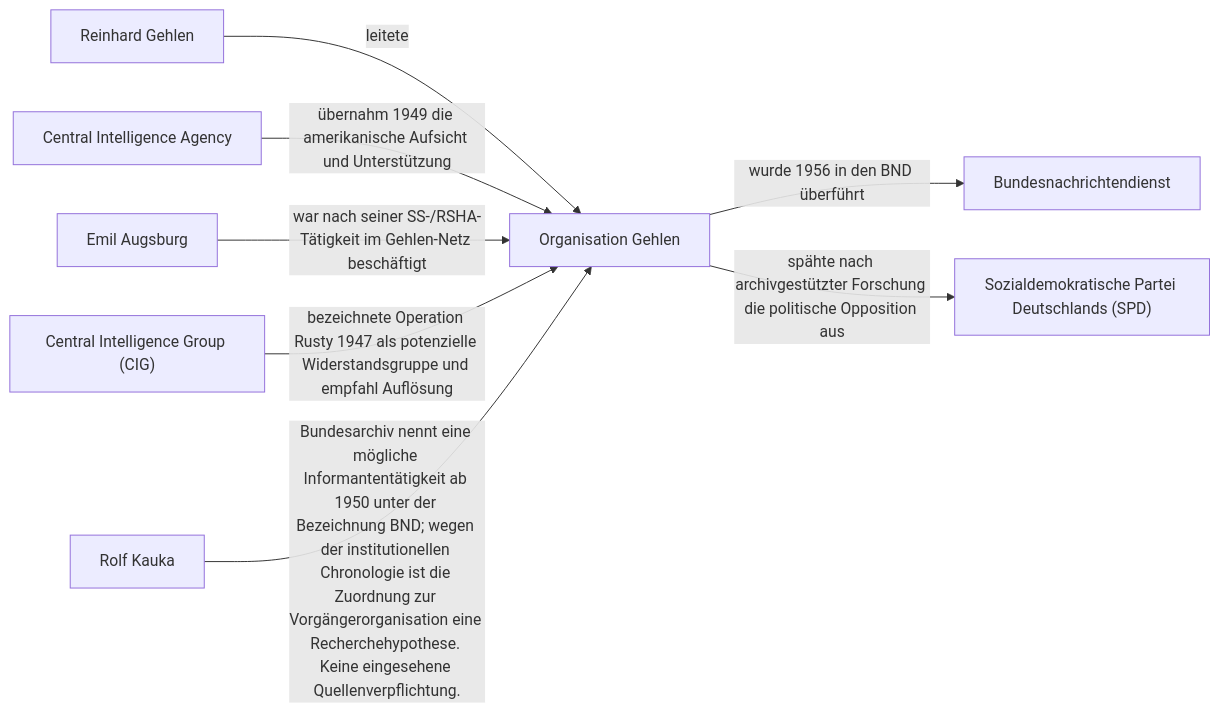
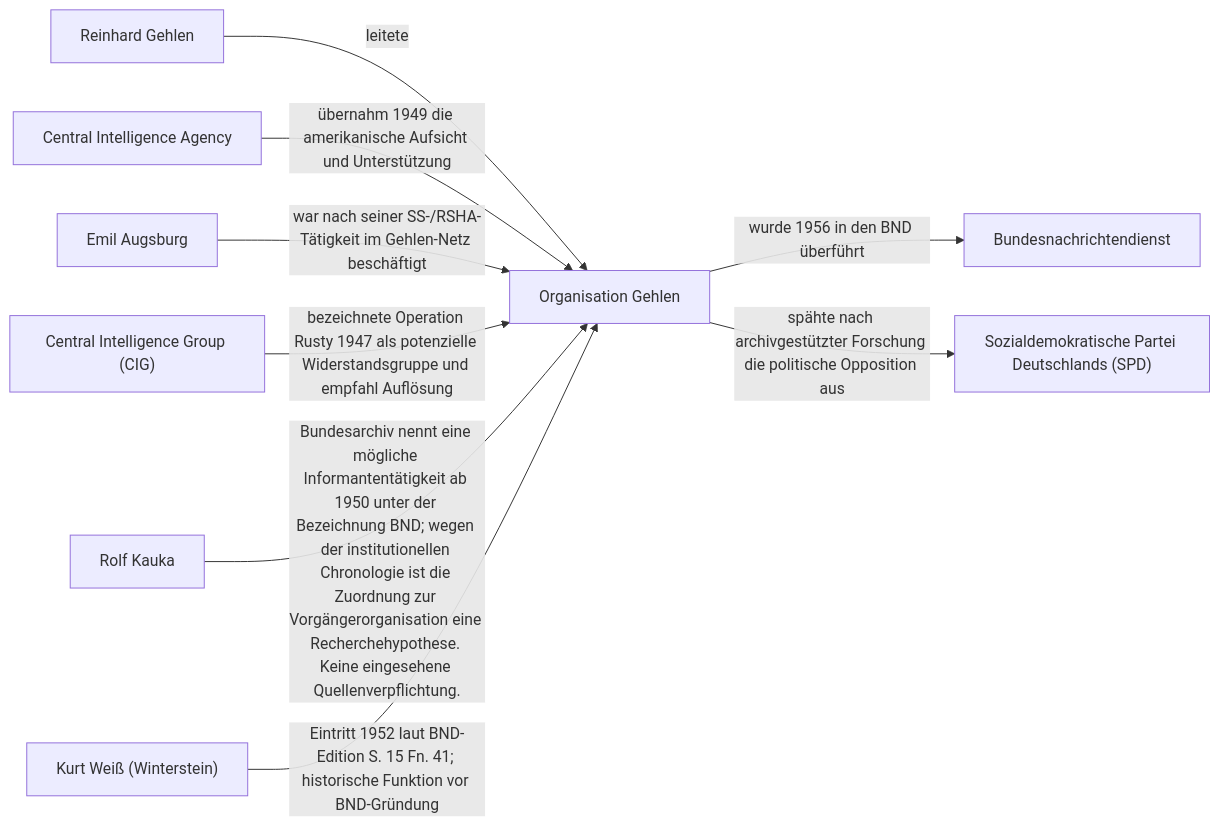
Before and after one commit to alexdermohr/machtverflechtungen: the diagram in docs/generated/network-focus-organisation-gehlen.md, drawn with Mermaid. The commit also changed other lines of this file and 11 other files, not shown here.

````diff
--- a/docs/generated/network-focus-organisation-gehlen.md
+++ b/docs/generated/network-focus-organisation-gehlen.md
@@ -7,18 +7,20 @@
 ```mermaid
 flowchart LR
     N_ORG_DE_ORGANISATION_GEHLEN["Organisation Gehlen"]
     N_ORG_DE_BND["Bundesnachrichtendienst"]
     N_ORG_DE_ORGANISATION_GEHLEN -->|"wurde 1956 in den BND überführt"| N_ORG_DE_BND
     N_PER_DE_REINHARD_GEHLEN["Reinhard Gehlen"]
     N_PER_DE_REINHARD_GEHLEN -->|"leitete"| N_ORG_DE_ORGANISATION_GEHLEN
     N_ORG_US_CIA["Central Intelligence Agency"]
     N_ORG_US_CIA -->|"übernahm 1949 die amerikanische Aufsicht und Unterstützung"| N_ORG_DE_ORGANISATION_GEHLEN
     N_PER_DE_EMIL_AUGSBURG["Emil Augsburg"]
     N_PER_DE_EMIL_AUGSBURG -->|"war nach seiner SS-/RSHA-Tätigkeit im Gehlen-Netz beschäftigt"| N_ORG_DE_ORGANISATION_GEHLEN
     N_ORG_DE_SPD["Sozialdemokratische Partei Deutschlands (SPD)"]
     N_ORG_DE_ORGANISATION_GEHLEN -->|"spähte nach archivgestützter Forschung die politische Opposition aus"| N_ORG_DE_SPD
     N_ORG_US_CIG["Central Intelligence Group (CIG)"]
     N_ORG_US_CIG -->|"bezeichnete Operation Rusty 1947 als potenzielle Widerstandsgruppe und empfahl Auflösung"| N_ORG_DE_ORGANISATION_GEHLEN
     N_PER_DE_ROLF_KAUKA["Rolf Kauka"]
     N_PER_DE_ROLF_KAUKA -->|"Bundesarchiv nennt eine mögliche Informantentätigkeit ab 1950 unter der Bezeichnung BND; wegen der institutionellen Chronologie ist die Zuordnung zur Vorgängerorganisation eine Recherchehypothese. Keine eingesehene Quellenverpflichtung."| N_ORG_DE_ORGANISATION_GEHLEN
+    N_PER_DE_KURT_WEISS_BND["Kurt Weiß (Winterstein)"]
+    N_PER_DE_KURT_WEISS_BND -->|"Eintritt 1952 laut BND-Edition S. 15 Fn. 41; historische Funktion vor BND-Gründung"| N_ORG_DE_ORGANISATION_GEHLEN
 ```
````
